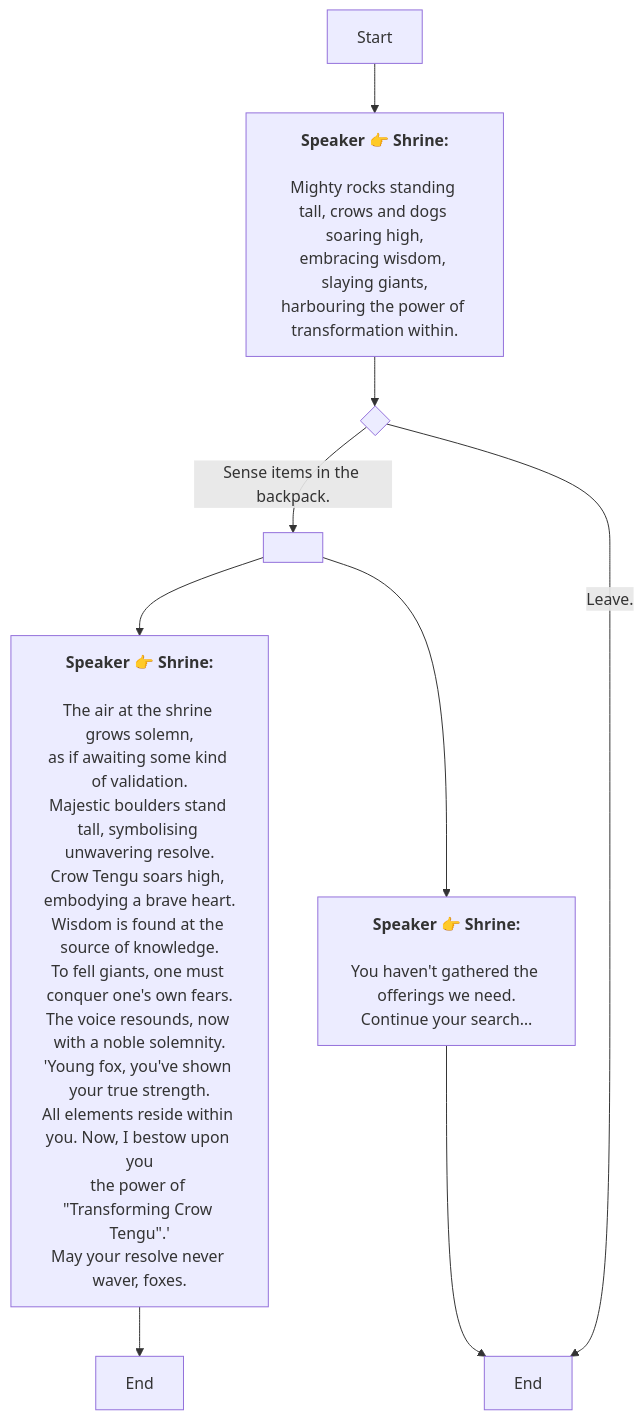
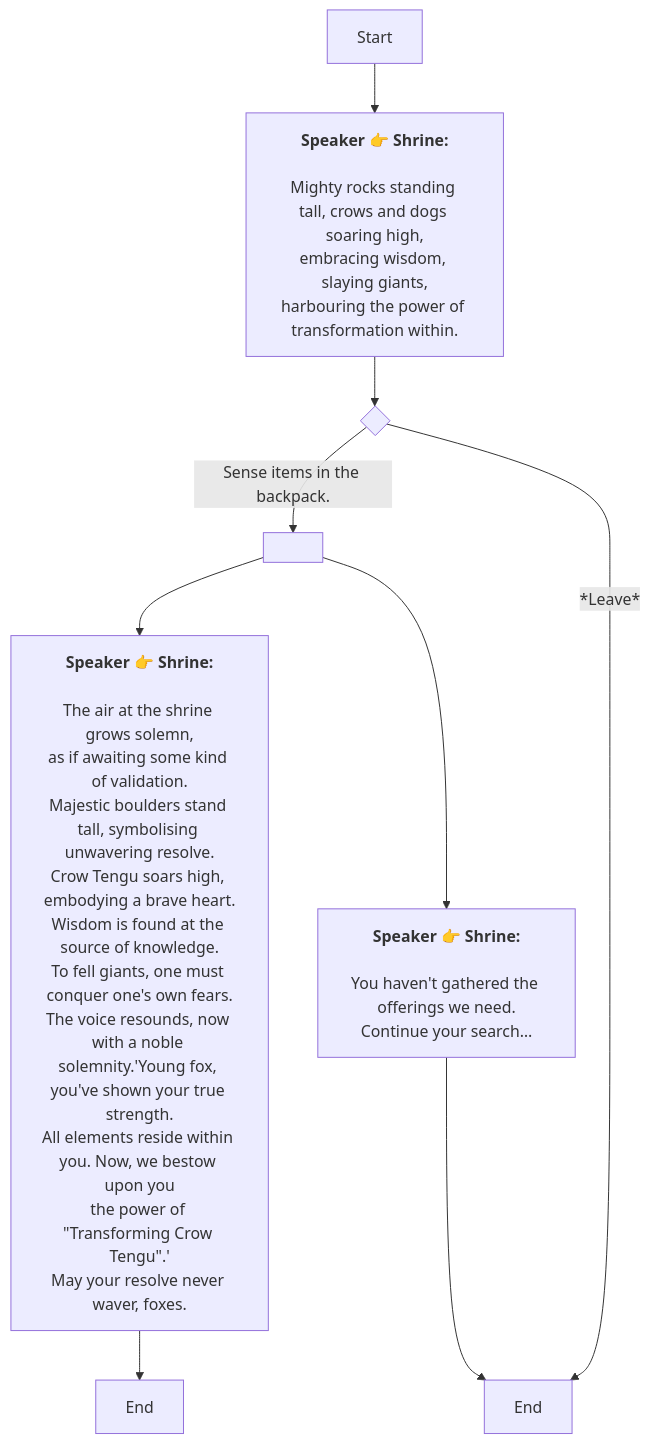
Before and after one commit to SoftHu/tos_avg: the diagram in En/AddDialogNode_1738975568286017.md, drawn with Mermaid. The commit also changed 312 other files, not shown here.

````diff
--- a/En/AddDialogNode_1738975568286017.md
+++ b/En/AddDialogNode_1738975568286017.md
@@ -1,31 +1,30 @@
 ```mermaid
 graph
 Start -->1738975602819396[<b>Speaker 👉 Shrine:</b>
 
 Mighty rocks standing tall, crows and dogs soaring high,
 embracing wisdom, slaying giants,
 harbouring the power of transformation within.]
 1738975602819396 -->1738975641573701{ }
 1738975641573701 -->|Sense items in the backpack.|1738975698541899[ ]
-1738975641573701 -->|Leave.|1738975792784718[End]
+1738975641573701 -->|*Leave*|1738975792784718[End]
 1738975698541899 -->1738975713146188[<b>Speaker 👉 Shrine:</b>
 
 The air at the shrine grows solemn,
 as if awaiting some kind of validation.
 Majestic boulders stand tall, symbolising unwavering resolve.
 Crow Tengu soars high, embodying a brave heart.
 Wisdom is found at the source of knowledge.
 To fell giants, one must conquer one's own fears.
-The voice resounds, now with a noble solemnity.
-'Young fox, you've shown your true strength.
-All elements reside within you. Now, I bestow upon you
+The voice resounds, now with a noble solemnity.'Young fox, you've shown your true strength.
+All elements reside within you. Now, we bestow upon you
 the power of &quot;Transforming Crow Tengu&quot;.'
 May your resolve never waver, foxes.]
 1738975698541899 -->1738975756244301[<b>Speaker 👉 Shrine:</b>
 
 You haven't gathered the offerings we need.
 Continue your search…]
 1738975713146188 -->1738976137127247[End]
 1738975756244301 -->1738975792784718[End]
 
  ```
````
